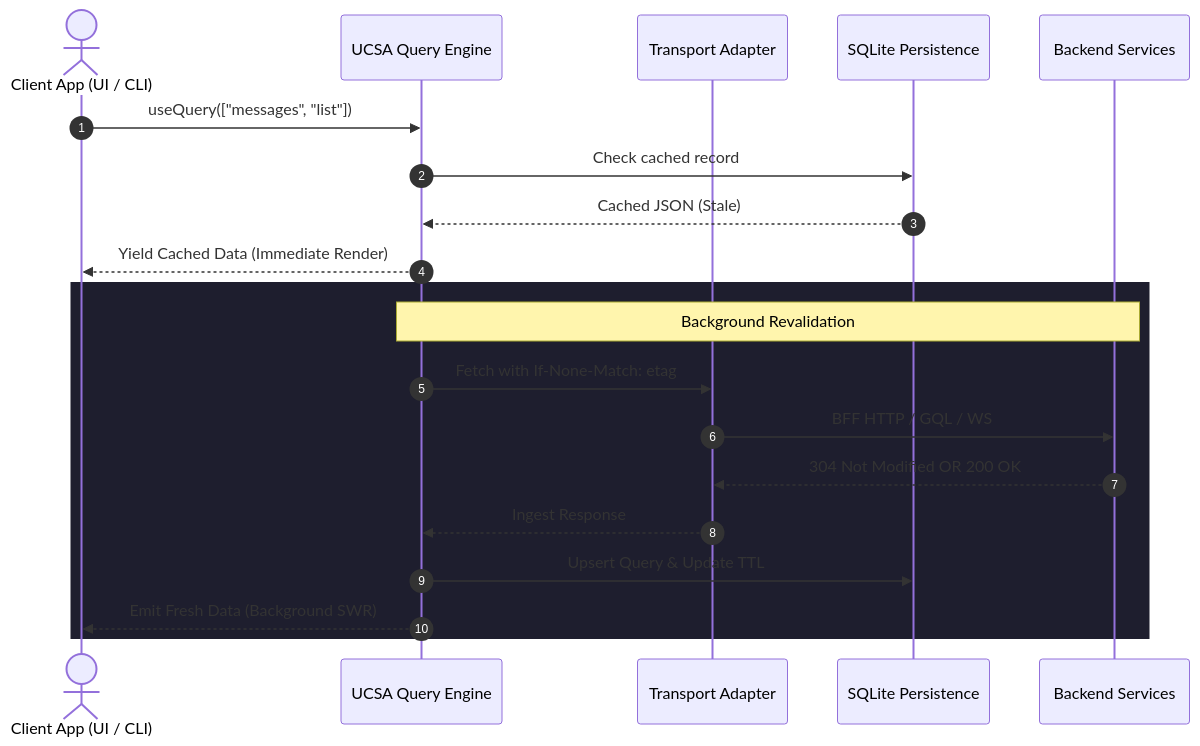
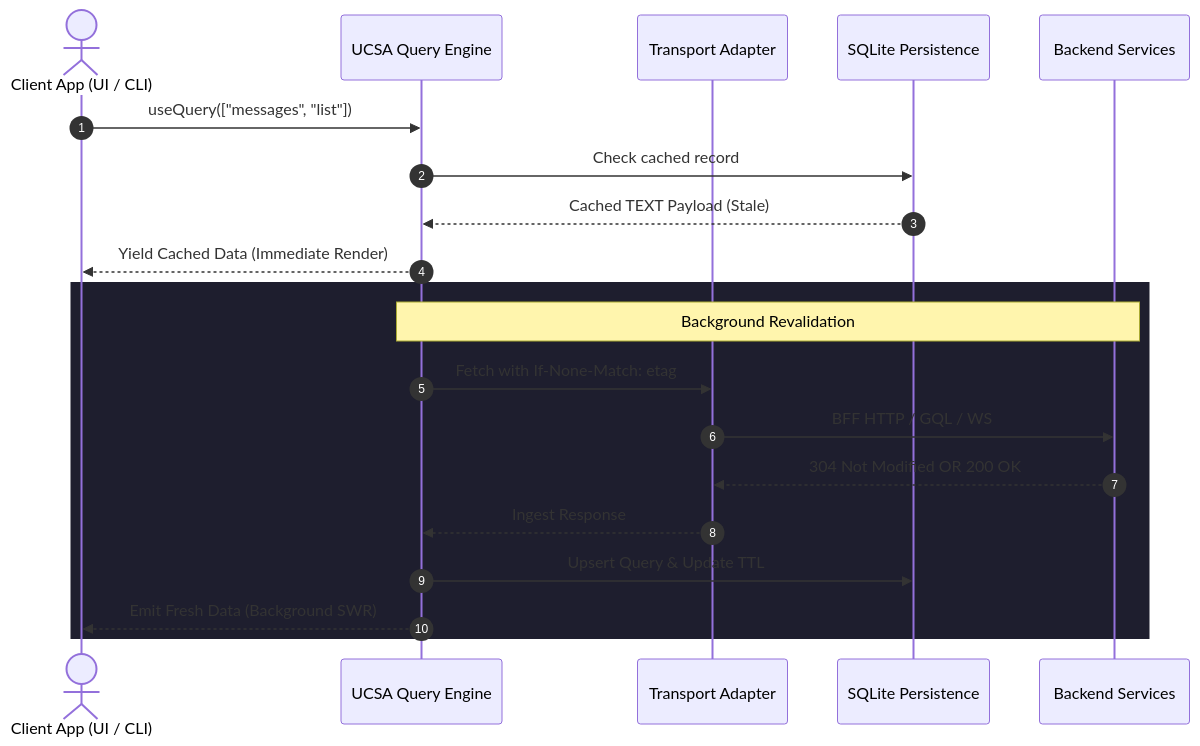
One commit to montionugera/cli-state-handler changed the diagram in docs/superpowers/specs/2026-10-05-unified-state-architecture-design.md. Above: the diagram before and after it, drawn with Mermaid. The commit also changed other lines of this file and 4 other files, not shown here.

````diff
--- a/docs/superpowers/specs/2026-10-05-unified-state-architecture-design.md
+++ b/docs/superpowers/specs/2026-10-05-unified-state-architecture-design.md
@@ -158,24 +173,24 @@
 ```mermaid
 sequenceDiagram
     autonumber
     actor Client as Client App (UI / CLI)
     participant Engine as UCSA Query Engine
     participant Transport as Transport Adapter
     participant SQLite as SQLite Persistence
     participant Remote as Backend Services
 
     Client->>Engine: useQuery(["messages", "list"])
     Engine->>SQLite: Check cached record
-    SQLite-->>Engine: Cached JSON (Stale)
+    SQLite-->>Engine: Cached TEXT Payload (Stale)
     Engine-->>Client: Yield Cached Data (Immediate Render)
     
     rect rgb(30, 30, 46)
         Note over Engine,Remote: Background Revalidation
         Engine->>Transport: Fetch with If-None-Match: etag
         Transport->>Remote: BFF HTTP / GQL / WS
         Remote-->>Transport: 304 Not Modified OR 200 OK
         Transport-->>Engine: Ingest Response
         Engine->>SQLite: Upsert Query & Update TTL
         Engine-->>Client: Emit Fresh Data (Background SWR)
     end
 ```
````
